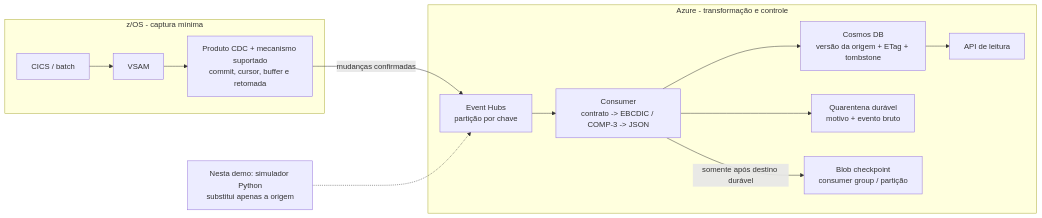
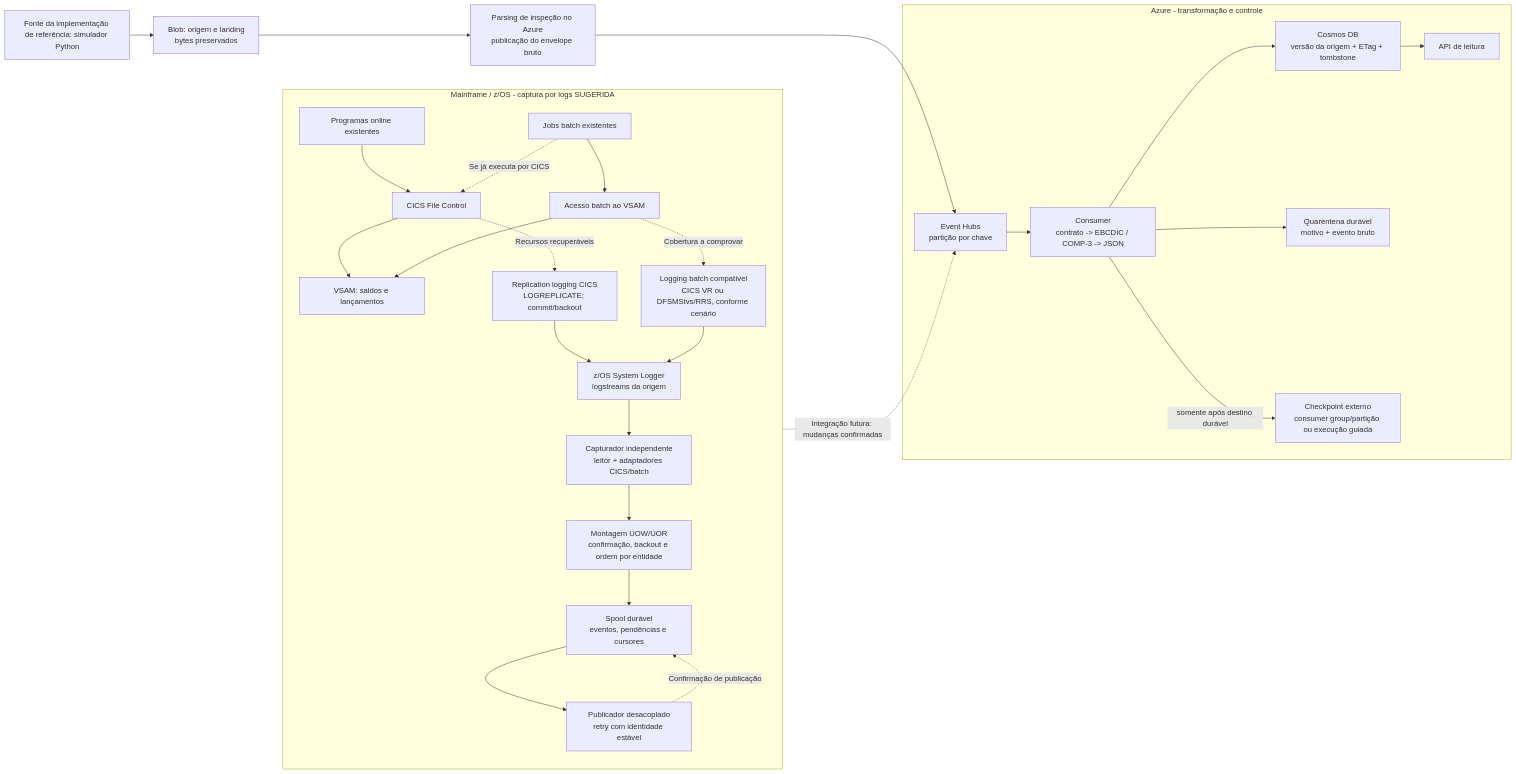
The diagram in README.md (aljannuzzi/mainframe-vsam-azure-offload-demo), drawn with Mermaid before and after one commit. The commit also changed other lines of this file and 17 other files, not shown here.

First line of the commit message:
Specify log-based mainframe capture as a reference architecture pattern

````diff
--- a/README.md
+++ b/README.md
@@ -48,22 +456,37 @@
 ```mermaid
 flowchart LR
-    subgraph Origem["z/OS - captura mínima"]
-        APP["CICS / batch"] --> VSAM["VSAM"]
-        VSAM --> CAP["Produto CDC + mecanismo suportado\ncommit, cursor, buffer e retomada"]
+    subgraph Origem["Mainframe / z/OS - captura por logs SUGERIDA"]
+        direction TB
+        ONLINE["Programas online existentes"] --> FC["CICS File Control"]
+        BATCH["Jobs batch existentes"] --> BV["Acesso batch ao VSAM"]
+        FC --> VSAM["VSAM: saldos e lançamentos"]
+        BV --> VSAM
+        BATCH -. "Se já executa por CICS" .-> FC
+        FC -. "Recursos recuperáveis" .-> CL["Replication logging CICS<br/>LOGREPLICATE; commit/backout"]
+        BV -. "Cobertura a comprovar" .-> BL["Logging batch compatível<br/>CICS VR ou DFSMStvs/RRS, conforme cenário"]
+        CL --> LOGS["z/OS System Logger<br/>logstreams da origem"]
+        BL --> LOGS
+        LOGS --> READ["Capturador independente<br/>leitor + adaptadores CICS/batch"]
+        READ --> TX["Montagem UOW/UOR<br/>confirmação, backout e ordem por entidade"]
+        TX --> SPOOL["Spool durável<br/>eventos, pendências e cursores"]
+        SPOOL --> PUB["Publicador desacoplado<br/>retry com identidade estável"]
+        PUB -. "Confirmação de publicação" .-> SPOOL
     end
     subgraph Azure["Azure - transformação e controle"]
-        EH["Event Hubs\npartição por chave"]
-        WORK["Consumer\ncontrato -> EBCDIC / COMP-3 -> JSON"]
-        COS["Cosmos DB\nversão da origem + ETag + tombstone"]
-        Q["Quarentena durável\nmotivo + evento bruto"]
-        CP["Blob checkpoint\nconsumer group / partição"]
+        EH["Event Hubs<br/>partição por chave"]
+        WORK["Consumer<br/>contrato -> EBCDIC / COMP-3 -> JSON"]
+        COS["Cosmos DB<br/>versão da origem + ETag + tombstone"]
+        Q["Quarentena durável<br/>motivo + evento bruto"]
+        CP["Checkpoint externo<br/>consumer group/partição ou execução guiada"]
         API["API de leitura"]
         EH --> WORK
         WORK --> COS
         WORK --> Q
         WORK -->|"somente após destino durável"| CP
         COS --> API
     end
-    CAP -->|"mudanças confirmadas"| EH
-    SIM["Nesta demo: simulador Python\nsubstitui apenas a origem"] -.-> EH
+    PUB -. "Integração futura: mudanças confirmadas" .-> EH
+    SIM["Fonte da implementação de referência: simulador Python"] --> LAND["Blob: origem e landing<br/>bytes preservados"]
+    LAND --> PREVIEW["Parsing de inspeção no Azure<br/>publicação do envelope bruto"]
+    PREVIEW --> EH
 ```
````
